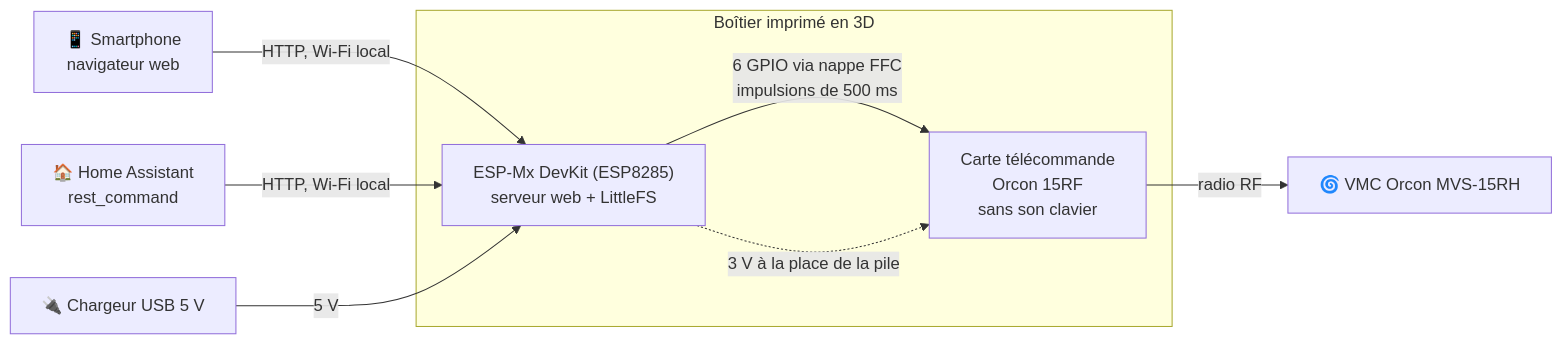
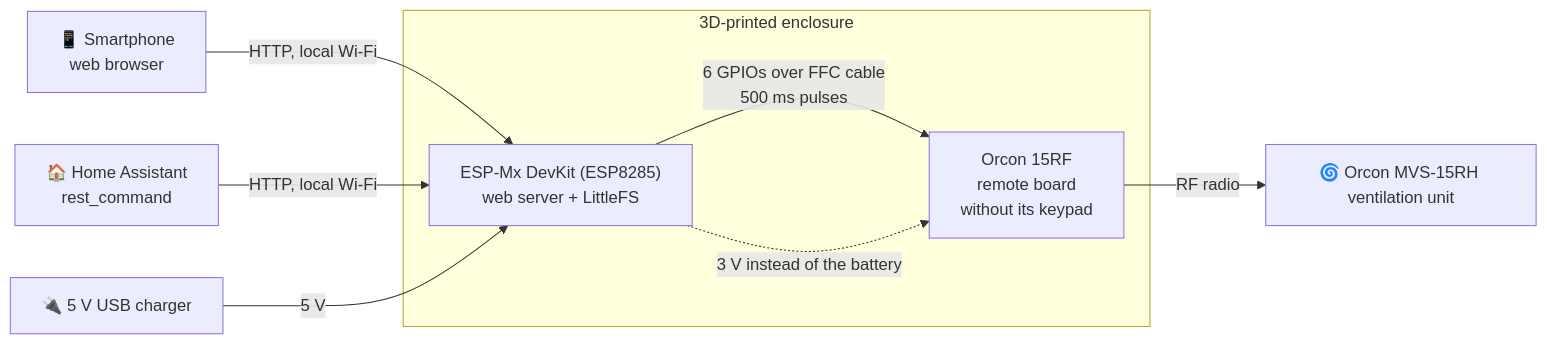
The diagram in README.md (fred2u/VMC-Controller), drawn with Mermaid before and after one commit. The commit also changed other lines of this file and 19 other files, not shown here.

````diff
--- a/README.md
+++ b/README.md
@@ -34,20 +34,20 @@
 ```mermaid
 flowchart LR
-    phone["📱 Smartphone<br/>navigateur web"]
+    phone["📱 Smartphone<br/>web browser"]
     ha["🏠 Home Assistant<br/>rest_command"]
-    usb["🔌 Chargeur USB 5 V"]
+    usb["🔌 5 V USB charger"]
 
-    subgraph box["Boîtier imprimé en 3D"]
-        esp["ESP-Mx DevKit (ESP8285)<br/>serveur web + LittleFS"]
-        remote["Carte télécommande<br/>Orcon 15RF<br/>sans son clavier"]
+    subgraph box["3D-printed enclosure"]
+        esp["ESP-Mx DevKit (ESP8285)<br/>web server + LittleFS"]
+        remote["Orcon 15RF<br/>remote board<br/>without its keypad"]
     end
 
-    vmc["🌀 VMC Orcon MVS-15RH"]
+    vmc["🌀 Orcon MVS-15RH ventilation unit"]
 
-    phone -- "HTTP, Wi-Fi local" --> esp
-    ha -- "HTTP, Wi-Fi local" --> esp
+    phone -- "HTTP, local Wi-Fi" --> esp
+    ha -- "HTTP, local Wi-Fi" --> esp
     usb -- "5 V" --> esp
-    esp -- "6 GPIO via nappe FFC<br/>impulsions de 500 ms" --> remote
-    esp -. "3 V à la place de la pile" .-> remote
-    remote -- "radio RF" --> vmc
+    esp -- "6 GPIOs over FFC cable<br/>500 ms pulses" --> remote
+    esp -. "3 V instead of the battery" .-> remote
+    remote -- "RF radio" --> vmc
 ```
````
